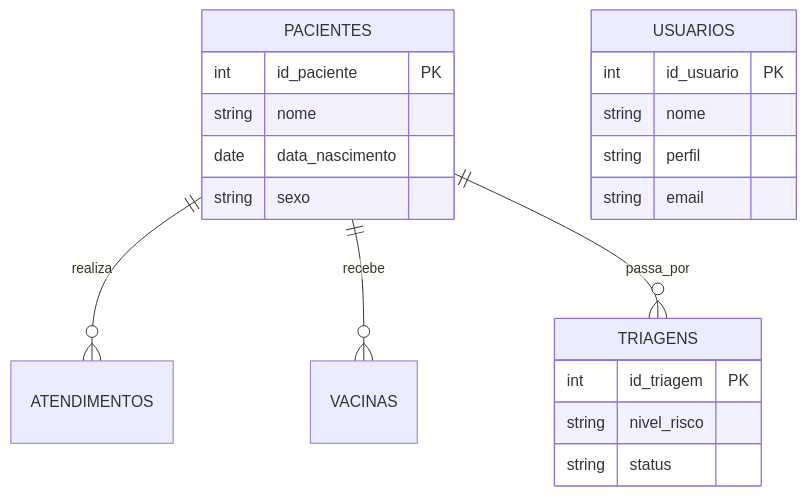
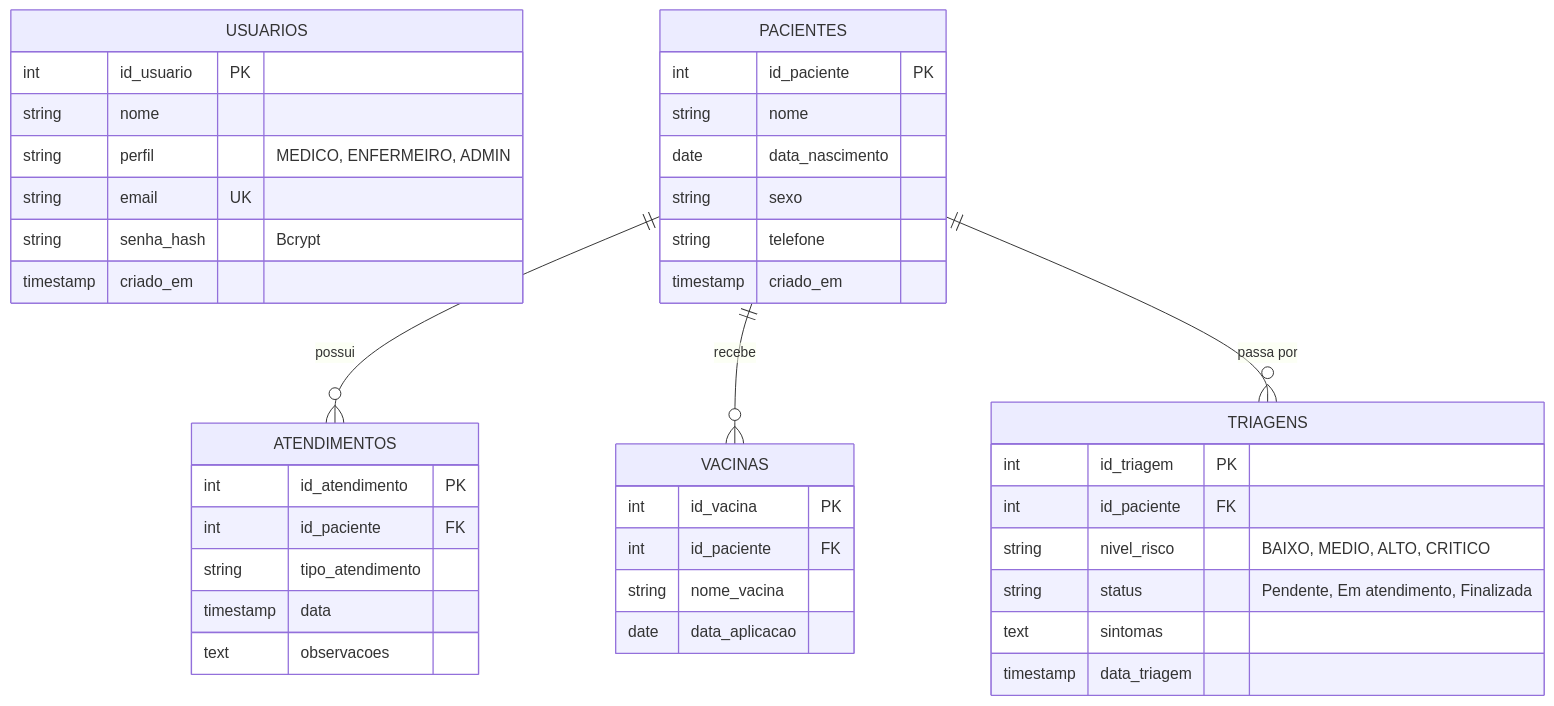
One commit to fdans104/healthsys-distribuido changed the first of 2 diagrams in docs/diagrams/modelo_dados.md. Above: the diagram before and after it, drawn with Mermaid. The commit also changed other lines of this file and 2 other files, not shown here.

Commit message:
docs(diagrams): refatorar e aprofundar diagramas técnicos do sistema

````diff
--- a/docs/diagrams/modelo_dados.md
+++ b/docs/diagrams/modelo_dados.md
@@ -1,23 +4,48 @@
 ```mermaid
 erDiagram
-    PACIENTES ||--o{ ATENDIMENTOS : realiza
-    PACIENTES ||--o{ VACINAS : recebe
-    PACIENTES ||--o{ TRIAGENS : passa_por
     USUARIOS {
         int id_usuario PK
         string nome
-        string perfil
-        string email
+        string perfil "MEDICO, ENFERMEIRO, ADMIN"
+        string email UK
+        string senha_hash "Bcrypt"
+        timestamp criado_em
     }
+    
     PACIENTES {
         int id_paciente PK
         string nome
         date data_nascimento
         string sexo
+        string telefone
+        timestamp criado_em
     }
+    
+    ATENDIMENTOS {
+        int id_atendimento PK
+        int id_paciente FK
+        string tipo_atendimento
+        timestamp data
+        text observacoes
+    }
+    
+    VACINAS {
+        int id_vacina PK
+        int id_paciente FK
+        string nome_vacina
+        date data_aplicacao
+    }
+    
     TRIAGENS {
         int id_triagem PK
-        string nivel_risco
-        string status
+        int id_paciente FK
+        string nivel_risco "BAIXO, MEDIO, ALTO, CRITICO"
+        string status "Pendente, Em atendimento, Finalizada"
+        text sintomas
+        timestamp data_triagem
     }
+
+    PACIENTES ||--o{ ATENDIMENTOS : "possui"
+    PACIENTES ||--o{ VACINAS : "recebe"
+    PACIENTES ||--o{ TRIAGENS : "passa por"
 ```
````
